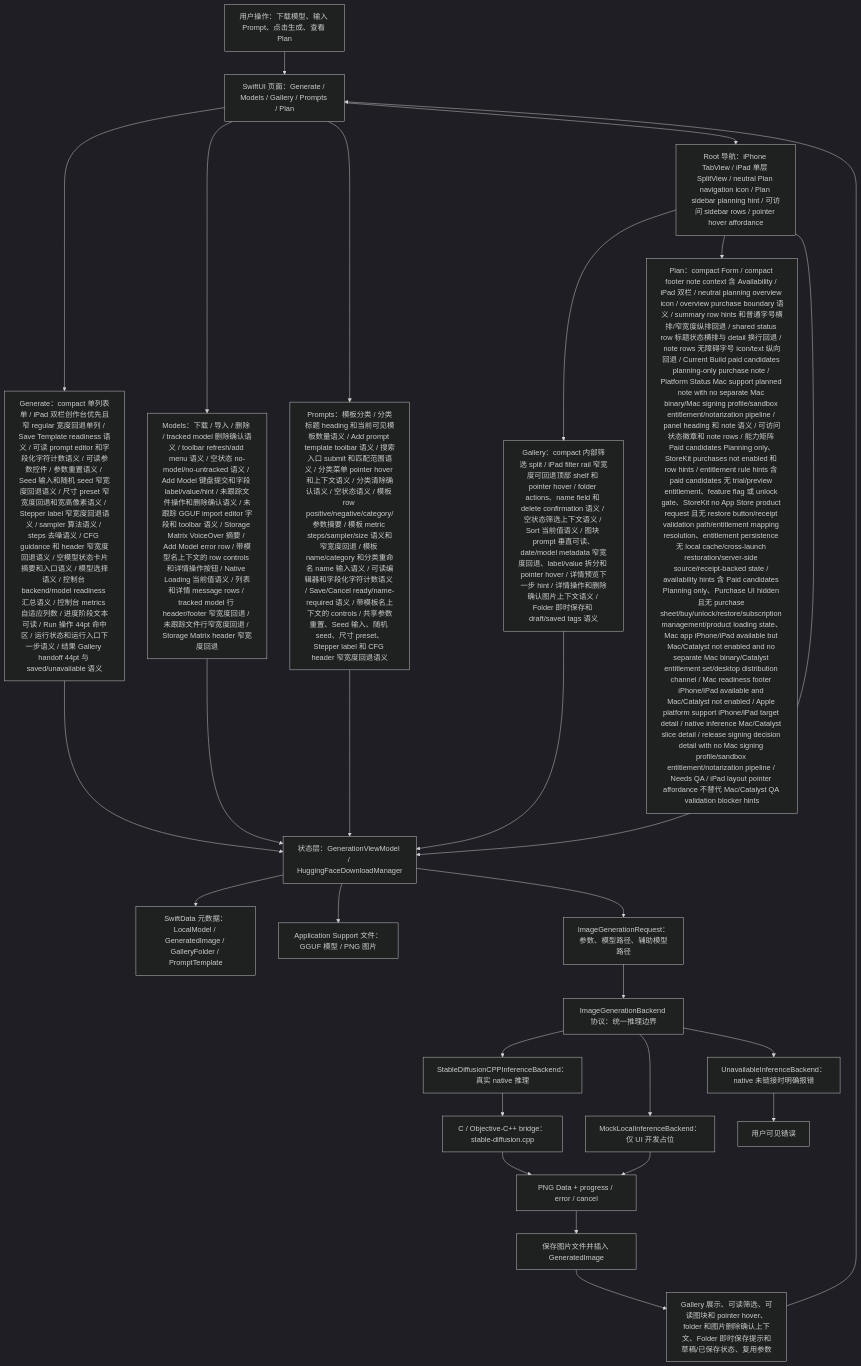
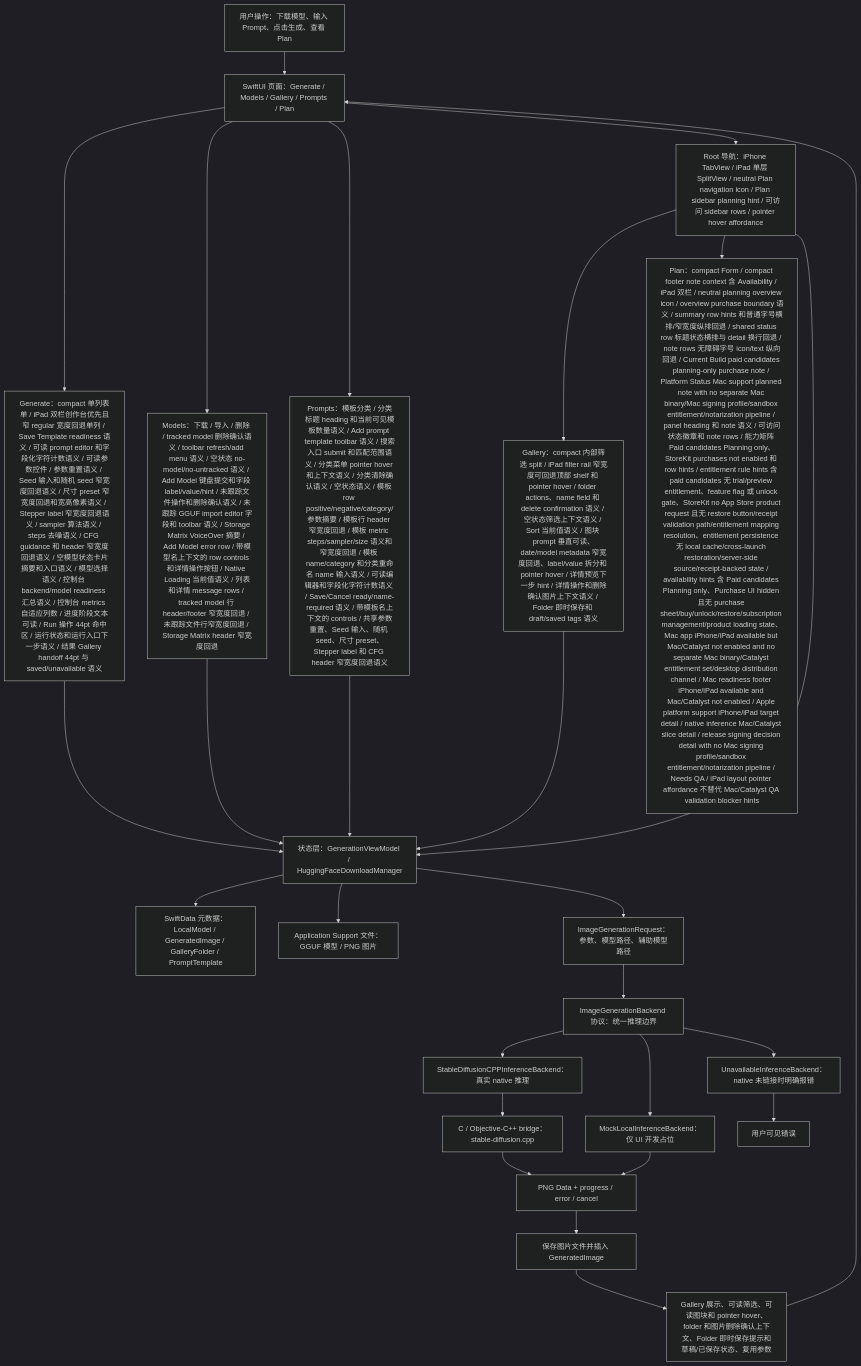
The first of 7 diagrams in md/flow/flowchart.md (Altman-sam114/118), drawn with Mermaid (dark theme) before and after one commit. The commit also changed 5 other files, not shown here.

First line of the commit message:
v1.140: Prompt row header fallback

````diff
--- a/md/flow/flowchart.md
+++ b/md/flow/flowchart.md
@@ -9,29 +9,29 @@
 ```mermaid
 flowchart TD
   U["用户操作：下载模型、输入 Prompt、点击生成、查看 Plan"] --> UI["SwiftUI 页面：Generate / Models / Gallery / Prompts / Plan"]
   UI --> GENUI["Generate：compact 单列表单 / iPad 双栏创作台优先且窄 regular 宽度回退单列 / Save Template readiness 语义 / 可读 prompt editor 和字段化字符计数语义 / 可读参数控件 / 参数重置语义 / Seed 输入和随机 seed 窄宽度回退语义 / 尺寸 preset 窄宽度回退和宽高像素语义 / Stepper label 窄宽度回退语义 / sampler 算法语义 / steps 去噪语义 / CFG guidance 和 header 窄宽度回退语义 / 空模型状态卡片摘要和入口语义 / 模型选择语义 / 控制台 backend/model readiness 汇总语义 / 控制台 metrics 自适应列数 / 进度阶段文本可读 / Run 操作 44pt 命中区 / 运行状态和运行入口下一步语义 / 结果 Gallery handoff 44pt 与 saved/unavailable 语义"]
   UI --> MODELUI["Models：下载 / 导入 / 删除 / tracked model 删除确认语义 / toolbar refresh/add menu 语义 / 空状态 no-model/no-untracked 语义 / Add Model 键盘提交和字段 label/value/hint / 未跟踪文件操作和删除确认语义 / 未跟踪 GGUF import editor 字段和 toolbar 语义 / Storage Matrix VoiceOver 摘要 / Add Model error row / 带模型名上下文的 row controls 和详情操作按钮 / Native Loading 当前值语义 / 列表和详情 message rows / tracked model 行 header/footer 窄宽度回退 / 未跟踪文件行窄宽度回退 / Storage Matrix header 窄宽度回退"]
-  UI --> PROMPTUI["Prompts：模板分类 / 分类标题 heading 和当前可见模板数量语义 / Add prompt template toolbar 语义 / 搜索入口 submit 和匹配范围语义 / 分类菜单 pointer hover 和上下文语义 / 分类清除确认语义 / 空状态语义 / 模板 row positive/negative/category/参数摘要 / 模板 metric steps/sampler/size 语义和窄宽度回退 / 模板 name/category 和分类重命名 name 输入语义 / 可读编辑器和字段化字符计数语义 / Save/Cancel ready/name-required 语义 / 带模板名上下文的 controls / 共享参数重置、Seed 输入、随机 seed、尺寸 preset、Stepper label 和 CFG header 窄宽度回退语义"]
+  UI --> PROMPTUI["Prompts：模板分类 / 分类标题 heading 和当前可见模板数量语义 / Add prompt template toolbar 语义 / 搜索入口 submit 和匹配范围语义 / 分类菜单 pointer hover 和上下文语义 / 分类清除确认语义 / 空状态语义 / 模板 row positive/negative/category/参数摘要 / 模板行 header 窄宽度回退 / 模板 metric steps/sampler/size 语义和窄宽度回退 / 模板 name/category 和分类重命名 name 输入语义 / 可读编辑器和字段化字符计数语义 / Save/Cancel ready/name-required 语义 / 带模板名上下文的 controls / 共享参数重置、Seed 输入、随机 seed、尺寸 preset、Stepper label 和 CFG header 窄宽度回退语义"]
   UI --> NAV["Root 导航：iPhone TabView / iPad 单层 SplitView / neutral Plan navigation icon / Plan sidebar planning hint / 可访问 sidebar rows / pointer hover affordance"]
   NAV --> GALUI["Gallery：compact 内部筛选 split / iPad filter rail 窄宽度可回退顶部 shelf 和 pointer hover / folder actions、name field 和 delete confirmation 语义 / 空状态筛选上下文语义 / Sort 当前值语义 / 图块 prompt 垂直可读、date/model metadata 窄宽度回退、label/value 拆分和 pointer hover / 详情预览下一步 hint / 详情操作和删除确认图片上下文语义 / Folder 即时保存和 draft/saved tags 语义"]
   NAV --> PLANUI["Plan：compact Form / compact footer note context 含 Availability / iPad 双栏 / neutral planning overview icon / overview purchase boundary 语义 / summary row hints 和普通字号横排/窄宽度纵排回退 / shared status row 标题状态横排与 detail 换行回退 / note rows 无障碍字号 icon/text 纵向回退 / Current Build paid candidates planning-only purchase note / Platform Status Mac support planned note with no separate Mac binary/Mac signing profile/sandbox entitlement/notarization pipeline / panel heading 和 note 语义 / 可访问状态徽章和 note rows / 能力矩阵 Paid candidates Planning only、StoreKit purchases not enabled 和 row hints / entitlement rule hints 含 paid candidates 无 trial/preview entitlement、feature flag 或 unlock gate、StoreKit no App Store product request 且无 restore button/receipt validation path/entitlement mapping resolution、entitlement persistence 无 local cache/cross-launch restoration/server-side source/receipt-backed state / availability hints 含 Paid candidates Planning only、Purchase UI hidden 且无 purchase sheet/buy/unlock/restore/subscription management/product loading state、Mac app iPhone/iPad available but Mac/Catalyst not enabled and no separate Mac binary/Catalyst entitlement set/desktop distribution channel / Mac readiness footer iPhone/iPad available and Mac/Catalyst not enabled / Apple platform support iPhone/iPad target detail / native inference Mac/Catalyst slice detail / release signing decision detail with no Mac signing profile/sandbox entitlement/notarization pipeline / Needs QA / iPad layout pointer affordance 不替代 Mac/Catalyst QA validation blocker hints"]
   NAV --> VM["状态层：GenerationViewModel / HuggingFaceDownloadManager"]
   GENUI --> VM
   MODELUI --> VM
   PROMPTUI --> VM
   GALUI --> VM
   VM --> SD["SwiftData 元数据：LocalModel / GeneratedImage / GalleryFolder / PromptTemplate"]
   VM --> FS["Application Support 文件：GGUF 模型 / PNG 图片"]
   VM --> REQ["ImageGenerationRequest：参数、模型路径、辅助模型路径"]
   REQ --> IFACE["ImageGenerationBackend 协议：统一推理边界"]
   IFACE --> NATIVE["StableDiffusionCPPInferenceBackend：真实 native 推理"]
   IFACE --> MOCK["MockLocalInferenceBackend：仅 UI 开发占位"]
   IFACE --> OFF["UnavailableInferenceBackend：native 未链接时明确报错"]
   NATIVE --> BRIDGE["C / Objective-C++ bridge：stable-diffusion.cpp"]
   BRIDGE --> PNG["PNG Data + progress / error / cancel"]
   MOCK --> PNG
   OFF --> ERR["用户可见错误"]
   PNG --> SAVE["保存图片文件并插入 GeneratedImage"]
   SAVE --> GALLERY["Gallery 展示、可读筛选、可读图块和 pointer hover、folder 和图片删除确认上下文、Folder 即时保存提示和草稿/已保存状态、复用参数"]
   GALLERY --> UI
 ```
````
